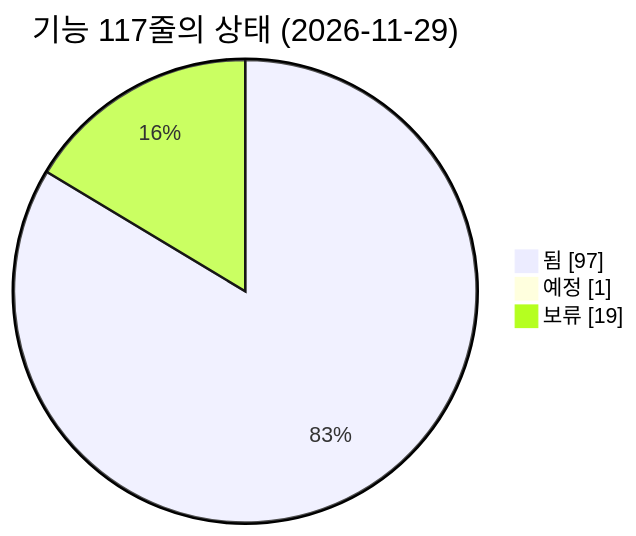
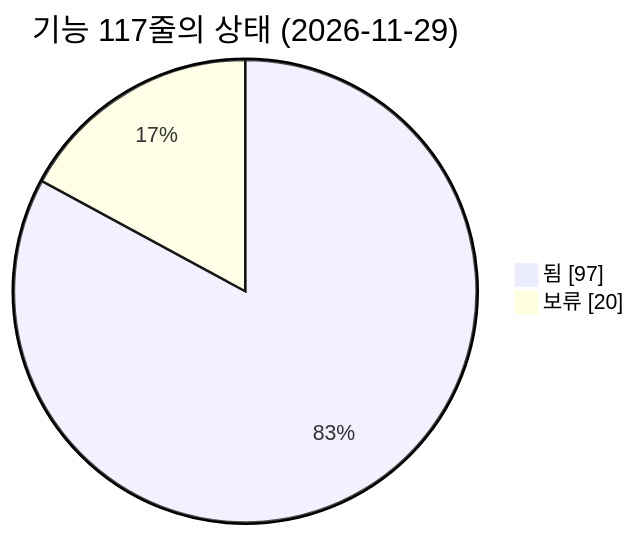
One commit to agent-ddalgi-team/final-geosan changed the first of 4 diagrams in docs/map/feature-map.md. Above: the diagram before and after it, drawn with Mermaid. The commit also changed other lines of this file and 4 other files, not shown here.

````diff
--- a/docs/map/feature-map.md
+++ b/docs/map/feature-map.md
@@ -108,7 +108,6 @@
 ```mermaid
 pie showData
     title 기능 117줄의 상태 (2026-11-29)
     "됨" : 97
-    "예정" : 1
-    "보류" : 19
+    "보류" : 20
 ```
````
